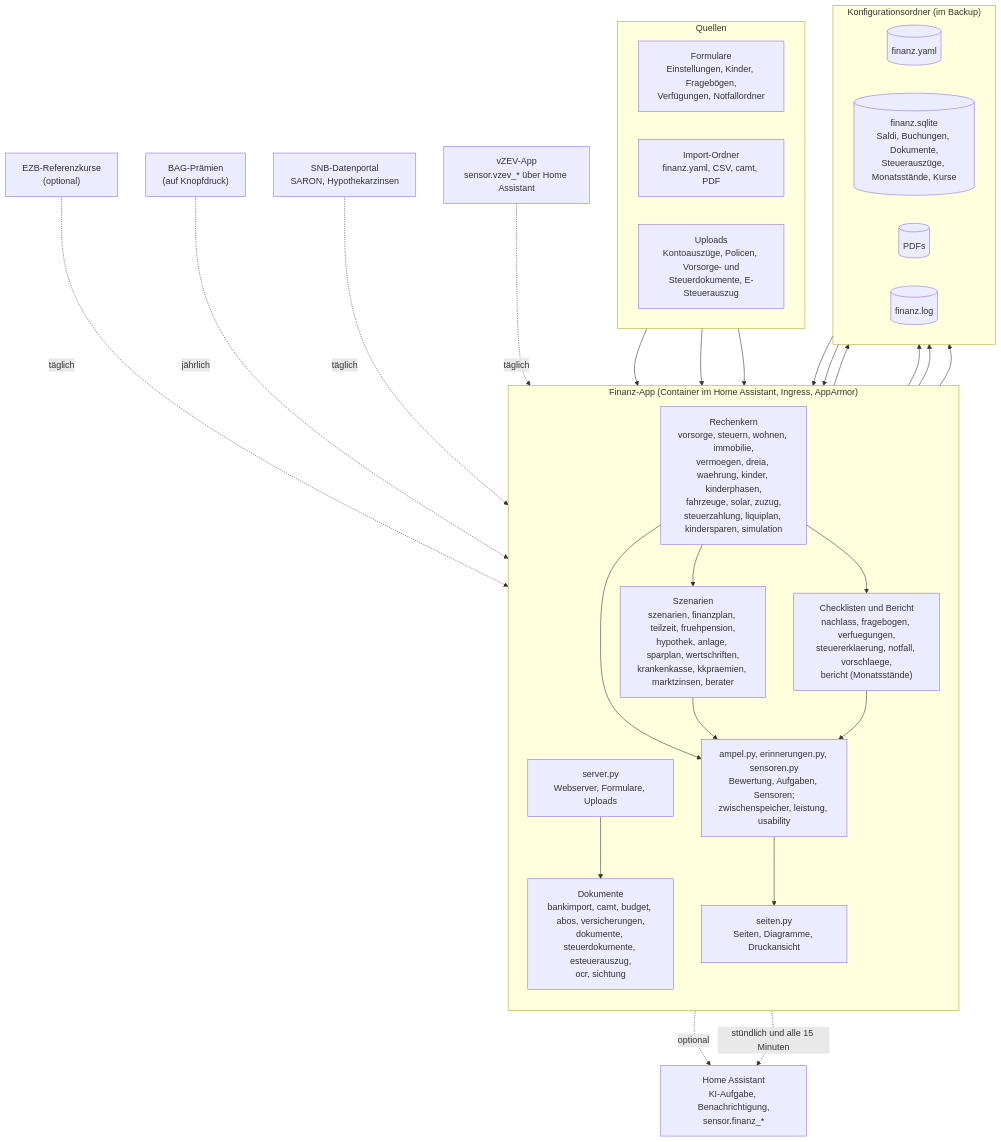
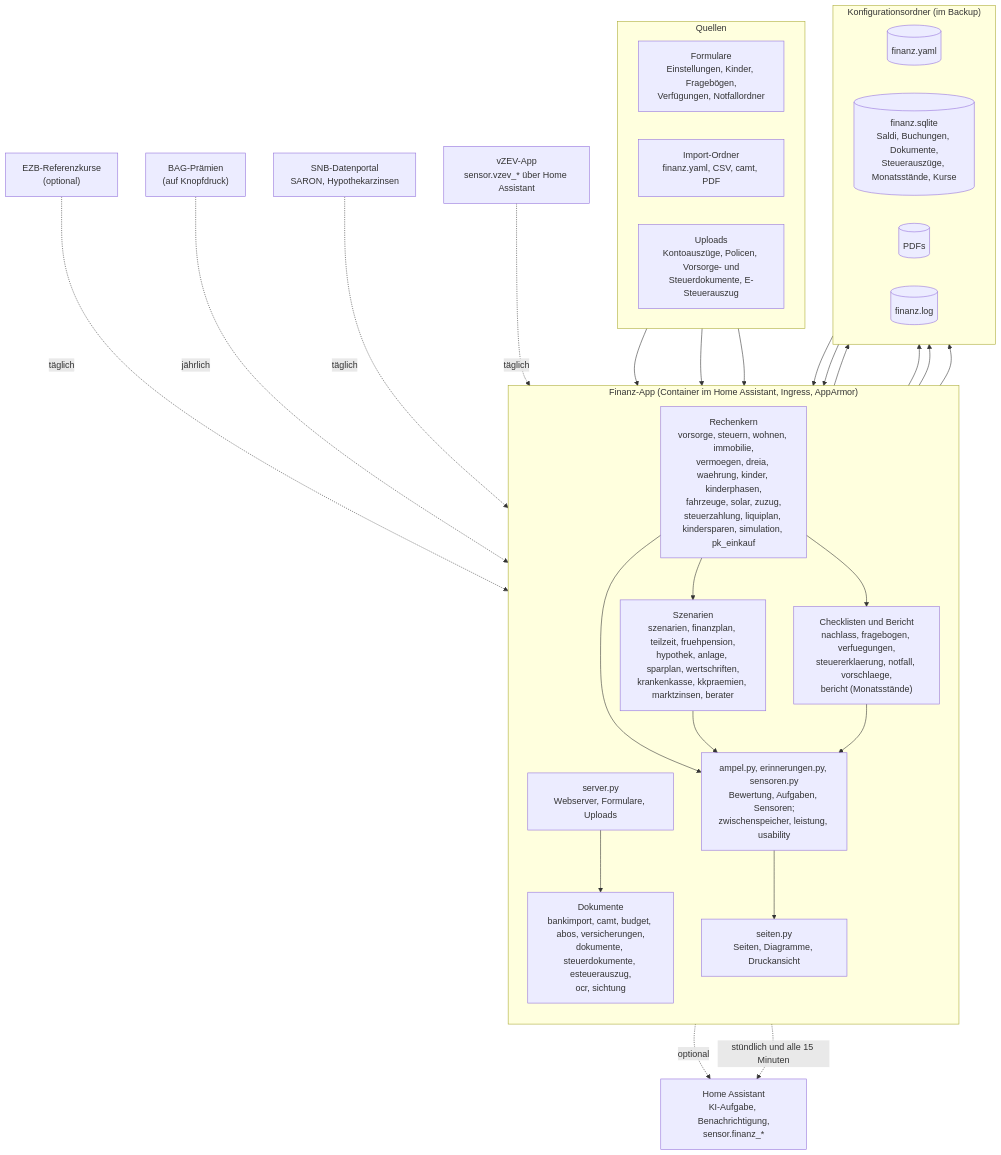
The diagram in docs/architektur.mmd (khu1985/finanz-ha), drawn with Mermaid before and after one commit. The commit also changed 13 other files, not shown here.

```diff
--- a/docs/architektur.mmd
+++ b/docs/architektur.mmd
@@ -1,38 +1,38 @@
 flowchart TB
     subgraph Quellen
         direction LR
         F["Formulare<br/>Einstellungen, Kinder, Fragebögen,<br/>Verfügungen, Notfallordner"]
         I["Import-Ordner<br/>finanz.yaml, CSV, camt, PDF"]
         U["Uploads<br/>Kontoauszüge, Policen, Vorsorge- und<br/>Steuerdokumente, E-Steuerauszug"]
     end
     subgraph App["Finanz-App (Container im Home Assistant, Ingress, AppArmor)"]
         direction TB
         S["server.py<br/>Webserver, Formulare, Uploads"]
         D["Dokumente<br/>bankimport, camt, budget, abos, versicherungen,<br/>dokumente, steuerdokumente, esteuerauszug,<br/>ocr, sichtung"]
-        K["Rechenkern<br/>vorsorge, steuern, wohnen, immobilie,<br/>vermoegen, dreia, waehrung, kinder, kinderphasen,<br/>fahrzeuge, solar, zuzug,<br/>steuerzahlung, liquiplan, kindersparen, simulation"]
+        K["Rechenkern<br/>vorsorge, steuern, wohnen, immobilie,<br/>vermoegen, dreia, waehrung, kinder, kinderphasen,<br/>fahrzeuge, solar, zuzug,<br/>steuerzahlung, liquiplan, kindersparen, simulation, pk_einkauf"]
         Z["Szenarien<br/>szenarien, finanzplan, teilzeit, fruehpension,<br/>hypothek, anlage, sparplan, wertschriften,<br/>krankenkasse, kkpraemien, marktzinsen, berater"]
         C["Checklisten und Bericht<br/>nachlass, fragebogen, verfuegungen,<br/>steuererklaerung, notfall, vorschlaege,<br/>bericht (Monatsstände)"]
         A["ampel.py, erinnerungen.py, sensoren.py<br/>Bewertung, Aufgaben, Sensoren;<br/>zwischenspeicher, leistung, usability"]
         SE["seiten.py<br/>Seiten, Diagramme, Druckansicht"]
     end
     subgraph Daten["Konfigurationsordner (im Backup)"]
         direction LR
         Y[("finanz.yaml")]
         DB[("finanz.sqlite<br/>Saldi, Buchungen, Dokumente,<br/>Steuerauszüge, Monatsstände, Kurse")]
         P[("PDFs")]
         L[("finanz.log")]
     end
     HA["Home Assistant<br/>KI-Aufgabe, Benachrichtigung,<br/>sensor.finanz_*"]
     F & I & U --> S
     S --> D --> DB & P
     S --> Y
     Y & DB --> K --> Z
     K --> C
     K & Z & C --> A --> SE
     Z -. optional .-> HA
     EZB["EZB-Referenzkurse<br/>(optional)"] -. täglich .-> K
     BAG["BAG-Prämien<br/>(auf Knopfdruck)"] -. jährlich .-> Z
     SNB["SNB-Datenportal<br/>SARON, Hypothekarzinsen"] -. täglich .-> Z
     A -. stündlich und alle 15 Minuten .-> HA
     VZ["vZEV-App<br/>sensor.vzev_* über Home Assistant"] -. täglich .-> K
     S --> L
```
